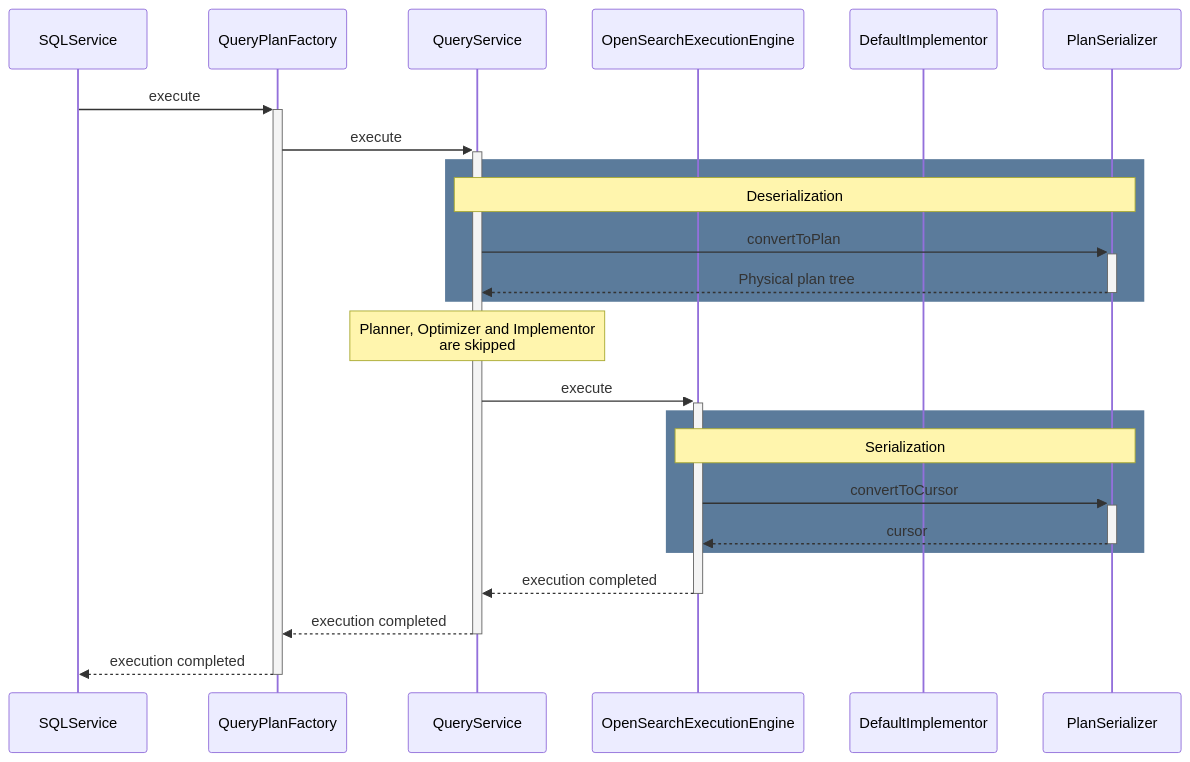
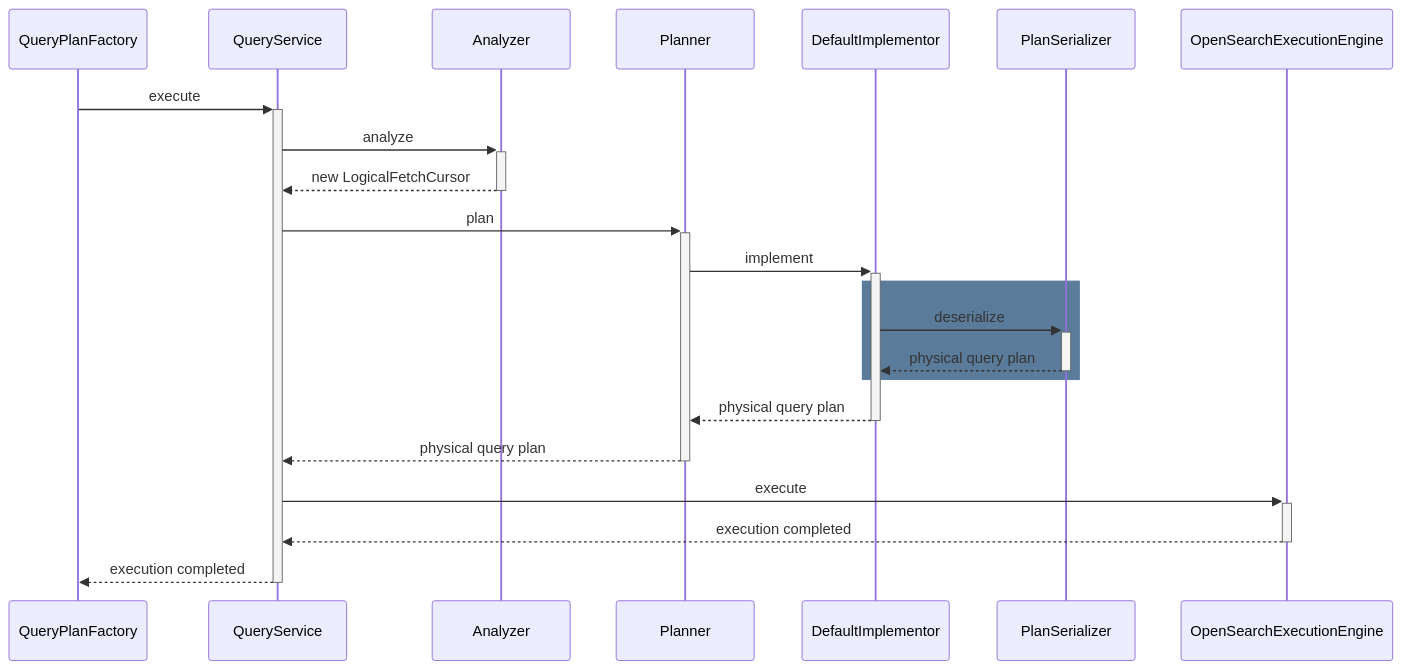
Before and after one commit to opensearch-project/sql: diagram 13 of 19 in docs/dev/Pagination-v2.md, drawn with Mermaid. The commit also changed other lines of this file, not shown here.

Commit message:
Fix doc after merge.

````diff
--- a/docs/dev/Pagination-v2.md
+++ b/docs/dev/Pagination-v2.md
@@ -497,27 +496,25 @@
 ```mermaid
 sequenceDiagram
-    participant SQLService
     participant QueryPlanFactory
     participant QueryService
-    participant OpenSearchExecutionEngine
+    participant Analyzer
+    participant Planner
     participant DefaultImplementor
     participant PlanSerializer
+    participant OpenSearchExecutionEngine
 
-SQLService ->>+ QueryPlanFactory : execute
-  QueryPlanFactory ->>+ QueryService : execute
-    rect rgb(91, 123, 155)
-    note over QueryService, PlanSerializer : Deserialization
-    QueryService ->>+ PlanSerializer: convertToPlan
-      PlanSerializer -->>- QueryService: Physical plan tree
-    end
-    Note over QueryService : Planner, Optimizer and Implementor<br />are skipped
-    QueryService ->>+ OpenSearchExecutionEngine : execute
+QueryPlanFactory ->>+ QueryService : execute
+  QueryService ->>+ Analyzer : analyze
+    Analyzer -->>- QueryService : new LogicalFetchCursor
+  QueryService ->>+ Planner : plan
+    Planner ->>+ DefaultImplementor : implement
       rect rgb(91, 123, 155)
-      note over OpenSearchExecutionEngine, PlanSerializer : Serialization
-      OpenSearchExecutionEngine ->>+ PlanSerializer : convertToCursor
-        PlanSerializer -->>- OpenSearchExecutionEngine : cursor
+      DefaultImplementor ->>+ PlanSerializer : deserialize
+        PlanSerializer -->>- DefaultImplementor: physical query plan
       end
-      OpenSearchExecutionEngine -->>- QueryService: execution completed
-    QueryService -->>- QueryPlanFactory : execution completed
-  QueryPlanFactory -->>- SQLService : execution completed
+      DefaultImplementor -->>- Planner : physical query plan
+    Planner -->>- QueryService : physical query plan
+  QueryService ->>+ OpenSearchExecutionEngine : execute
+    OpenSearchExecutionEngine -->>- QueryService: execution completed
+  QueryService -->>- QueryPlanFactory : execution completed
 ```
````
